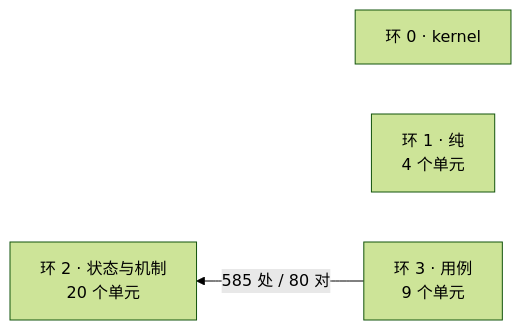
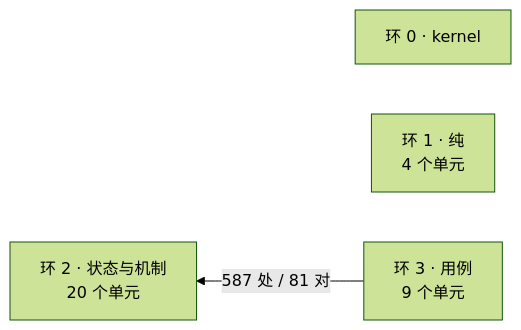
The diagram in docs/architecture/dependency-map.md (theRMM714/Solomni), drawn with Mermaid (forest theme) before and after one commit. The commit also changed other lines of this file and 31 other files, not shown here.

````diff
--- a/docs/architecture/dependency-map.md
+++ b/docs/architecture/dependency-map.md
@@ -14,8 +14,8 @@
 ```mermaid
 flowchart RL
   R0["环 0 · kernel"]
   R1["环 1 · 纯<br/>4 个单元"]
   R2["环 2 · 状态与机制<br/>20 个单元"]
   R3["环 3 · 用例<br/>9 个单元"]
-  R3 -->|"585 处 / 80 对"| R2
+  R3 -->|"587 处 / 81 对"| R2
 ```
````
